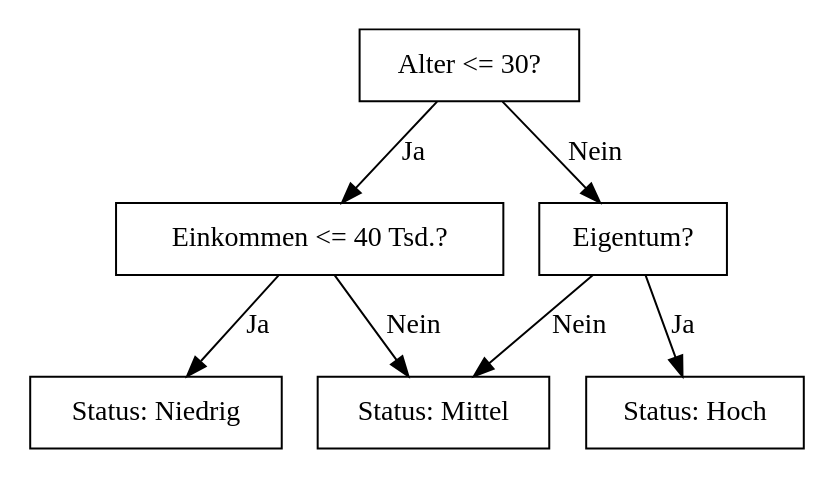
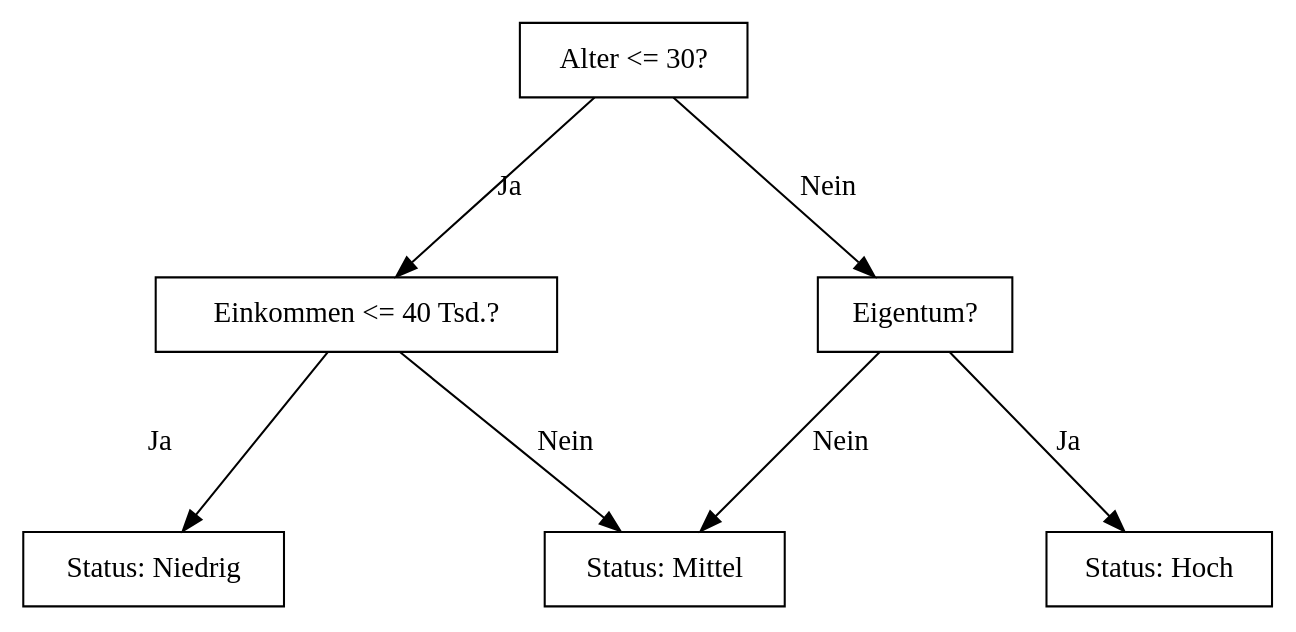
One commit to mca91/kasa_book changed the diagram in trees.qmd. Above: the diagram before and after it, drawn with Graphviz. The commit also changed other lines of this file and 4 other files, not shown here.

````diff
--- a/trees.qmd
+++ b/trees.qmd
@@ -44,24 +44,27 @@
 ```{dot}
 //| fig-width: 8
 //| fig-height: 5
-//| fig-cap: "Entscheidungsbaum: Klassifikation sozioökonomischer Status"
+//| fig-cap: "Entscheidungsbaum: Klassifikation von Kreditwürdigkeit"
 //| label: fig-exdectree
 digraph exdectree {
     node [shape=box];
-    pad = .1
+    splines=false;
+    ranksep = 1;  // Abstand zwischen den Ebenen
+    nodesep = 1.75;   // Abstand zwischen den Knoten
+    margin = 0.3;    // Rand um den gesamten Baum
 
     1 [label="Alter <= 30?"];
     2 [label="Einkommen <= 40 Tsd.?"];
     3 [label="Eigentum?"];
     4 [label="Status: Niedrig"];
     5 [label="Status: Mittel"];
     6 [label="Status: Hoch"];
 
     1 -> 2 [label="Ja"];
     1 -> 3 [label="Nein"];
     2 -> 4 [label="Ja"];
     2 -> 5 [label="Nein"];
     3 -> 6 [label="Ja"];
     3 -> 5 [label="Nein"];
 }
 ```
````
